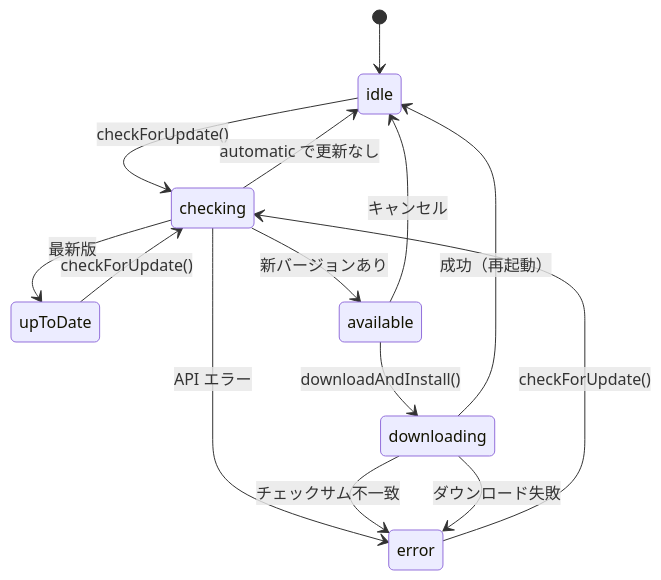
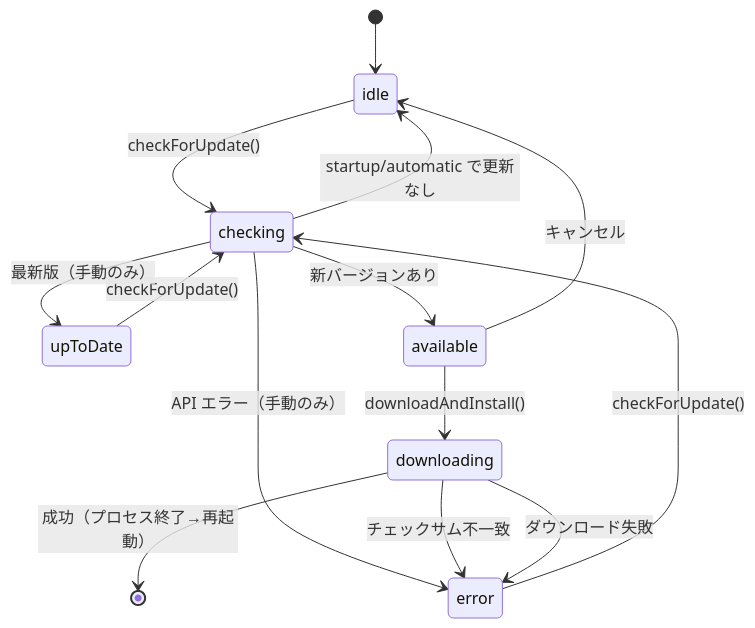
Before and after one commit to shiroemons/sobani: the first of 3 diagrams in docs/guide/update-and-restore.md, drawn with Mermaid. The commit also changed other lines of this file and 3 other files, not shown here.

````diff
--- a/docs/guide/update-and-restore.md
+++ b/docs/guide/update-and-restore.md
@@ -24,19 +24,19 @@
 ```mermaid
 stateDiagram-v2
     [*] --> idle
     idle --> checking : checkForUpdate()
     upToDate --> checking : checkForUpdate()
     error --> checking : checkForUpdate()
 
     checking --> available : 新バージョンあり
-    checking --> upToDate : 最新版
-    checking --> error : API エラー
-    checking --> idle : automatic で更新なし
+    checking --> upToDate : 最新版（手動のみ）
+    checking --> error : API エラー（手動のみ）
+    checking --> idle : startup/automatic で更新なし
 
     available --> downloading : downloadAndInstall()
     available --> idle : キャンセル
 
-    downloading --> idle : 成功（再起動）
+    downloading --> [*] : 成功（プロセス終了→再起動）
     downloading --> error : チェックサム不一致
     downloading --> error : ダウンロード失敗
 ```
````
